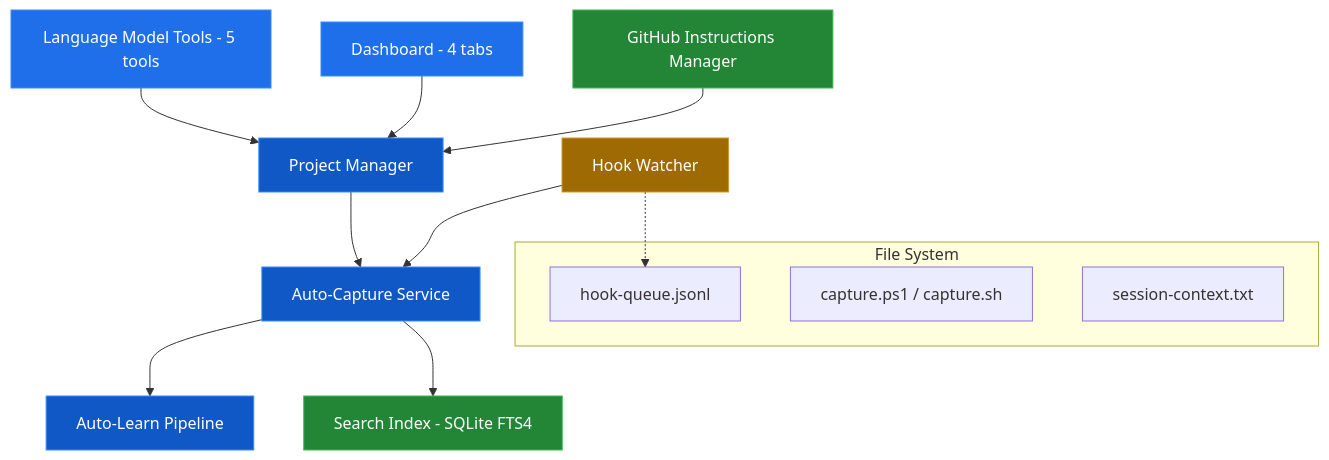
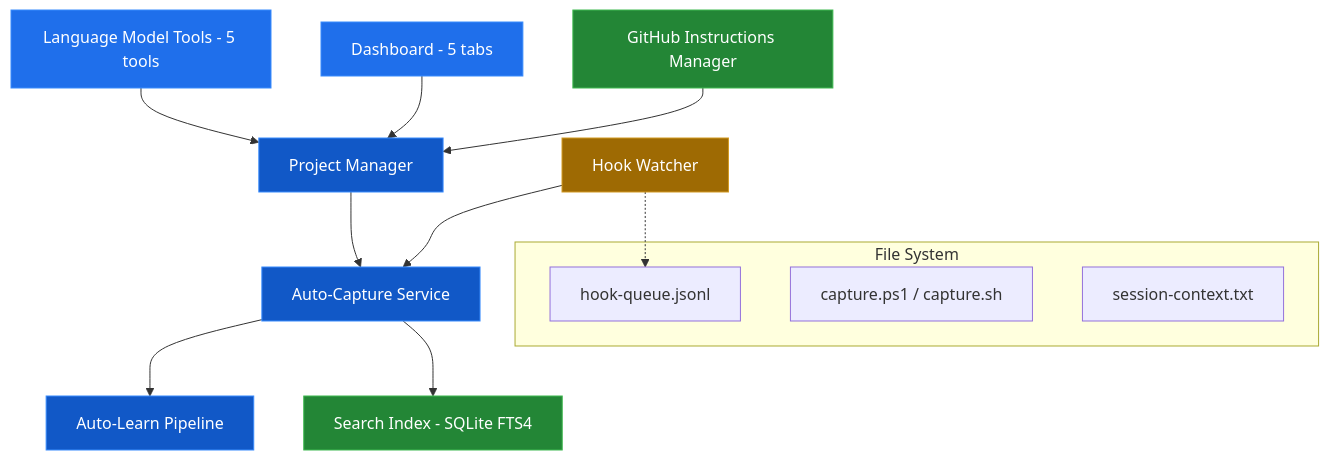
The first of 5 diagrams in docs/architecture/overview.md (GittyHarsha/ContextManager), drawn with Mermaid before and after one commit. The commit also changed other lines of this file and 29 other files, not shown here.

```diff
--- a/docs/architecture/overview.md
+++ b/docs/architecture/overview.md
@@ -21,26 +21,26 @@
 <pre class="mermaid">
 graph TB
     LMT[Language Model Tools - 5 tools] --> PM[Project Manager]
-    DASH[Dashboard - 4 tabs] --> PM
+    DASH[Dashboard - 5 tabs] --> PM
     PM --> AC[Auto-Capture Service]
     AC --> AL[Auto-Learn Pipeline]
     AC --> SI[Search Index - SQLite FTS4]
     HW[Hook Watcher] --> AC
     GI[GitHub Instructions Manager] --> PM
     HW -.-> HQ
 
     subgraph FS[File System]
         HQ[hook-queue.jsonl]
         SC[capture.ps1 / capture.sh]
         CTX[session-context.txt]
     end
 
     style LMT fill:#1f6feb,stroke:#388bfd,color:#fff
     style DASH fill:#1f6feb,stroke:#388bfd,color:#fff
     style PM fill:#1158c7,stroke:#388bfd,color:#fff
     style AC fill:#1158c7,stroke:#388bfd,color:#fff
     style AL fill:#1158c7,stroke:#388bfd,color:#fff
     style SI fill:#238636,stroke:#3fb950,color:#fff
     style HW fill:#9e6a03,stroke:#d29922,color:#fff
     style GI fill:#238636,stroke:#3fb950,color:#fff
 </pre>
```
